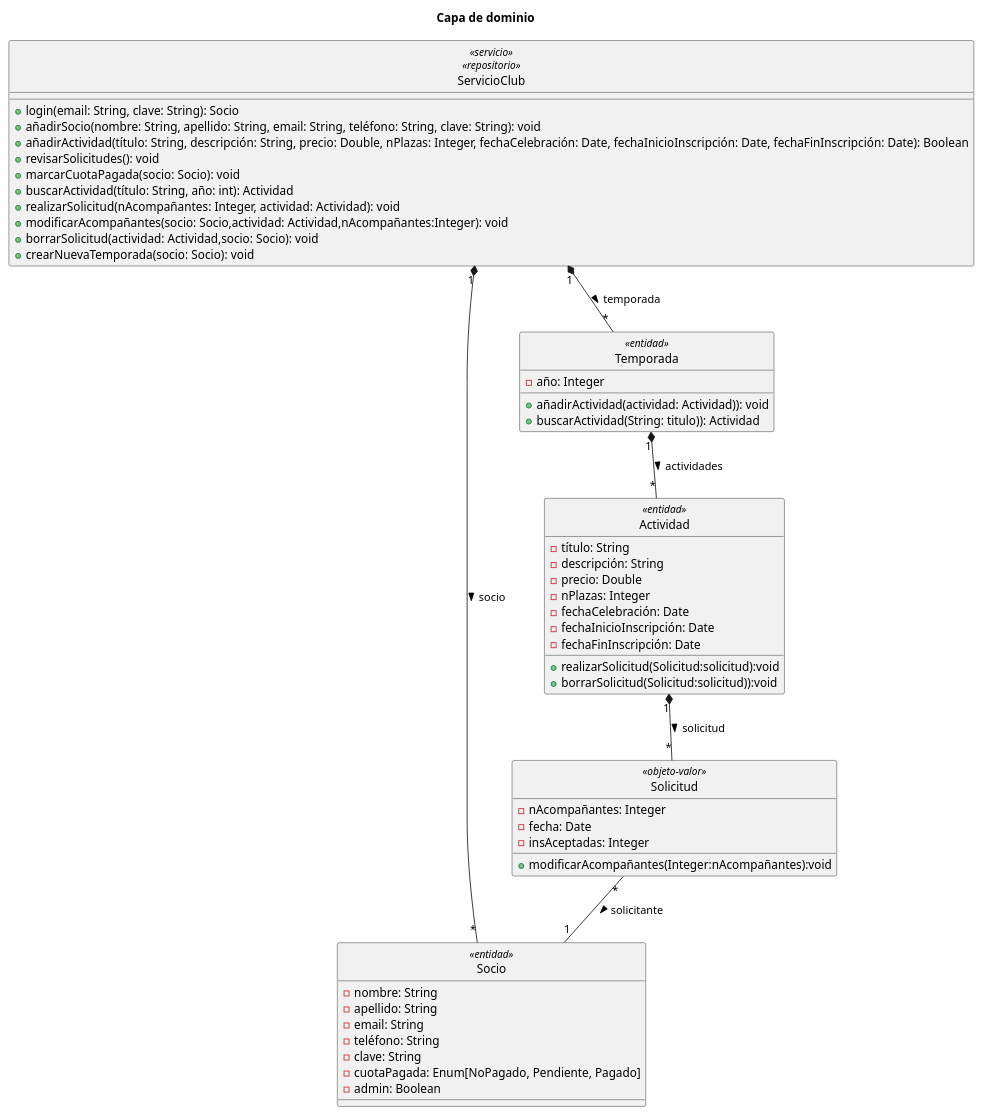
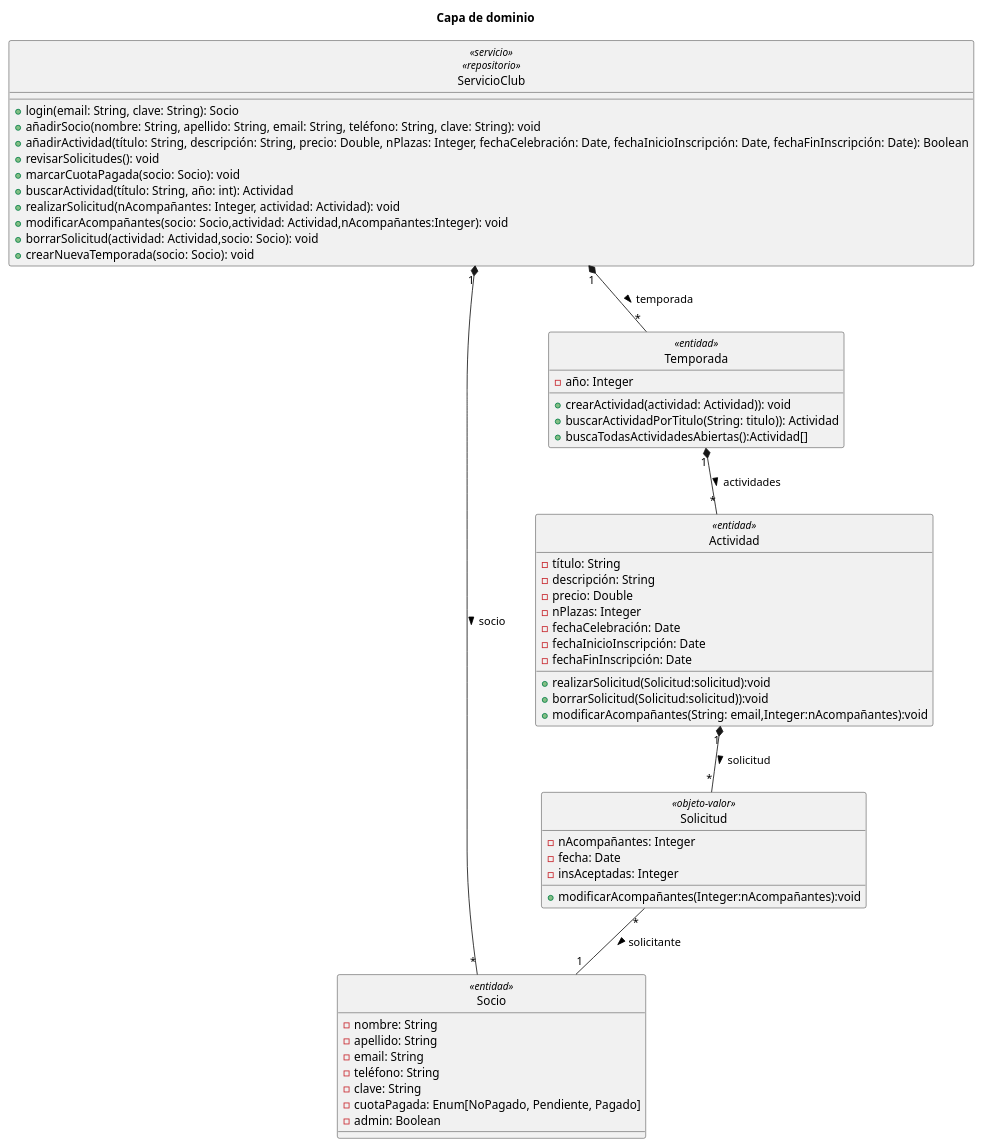
The diagram in diagramaDominio.puml (fjja0004/DAE-2024-fjja0004-scr00043-jfb00009), drawn with PlantUML before and after one commit. The commit also changed 3 other files, not shown here.

Commit message:
Añadir documentación, eliminación IntentoBorrarAdmin, modificaciones UML

```diff
--- a/diagramaDominio.puml
+++ b/diagramaDominio.puml
@@ -1,61 +1,63 @@
 @startuml
 title "Capa de dominio"
 hide circle
 'skinparam classAttributeIconSize 0
 
 class ServicioClub <<servicio>> <<repositorio>> {
     + login(email: String, clave: String): Socio
     + añadirSocio(nombre: String, apellido: String, email: String, teléfono: String, clave: String): void
     + añadirActividad(título: String, descripción: String, precio: Double, nPlazas: Integer, fechaCelebración: Date, fechaInicioInscripción: Date, fechaFinInscripción: Date): Boolean
     + revisarSolicitudes(): void
     + marcarCuotaPagada(socio: Socio): void
     + buscarActividad(título: String, año: int): Actividad
     + realizarSolicitud(nAcompañantes: Integer, actividad: Actividad): void
     + modificarAcompañantes(socio: Socio,actividad: Actividad,nAcompañantes:Integer): void
     + borrarSolicitud(actividad: Actividad,socio: Socio): void
     + crearNuevaTemporada(socio: Socio): void
 }
 
 class Socio <<entidad>> {
 - nombre: String
 - apellido: String
 - email: String
 - teléfono: String
 - clave: String
 - cuotaPagada: Enum[NoPagado, Pendiente, Pagado]
 - admin: Boolean
 }
 
 class Actividad <<entidad>> {
 - título: String
 - descripción: String
 - precio: Double
 - nPlazas: Integer
 - fechaCelebración: Date
 - fechaInicioInscripción: Date
 - fechaFinInscripción: Date
 + realizarSolicitud(Solicitud:solicitud):void
 + borrarSolicitud(Solicitud:solicitud)):void
++ modificarAcompañantes(String: email,Integer:nAcompañantes):void
 }
 
 class Solicitud <<objeto-valor>> {
 - nAcompañantes: Integer
 - fecha: Date
 - insAceptadas: Integer
 + modificarAcompañantes(Integer:nAcompañantes):void
 }
 
 class Temporada <<entidad>> {
 - año: Integer
-    + añadirActividad(actividad: Actividad)): void
-    + buscarActividad(String: titulo)): Actividad
+    + crearActividad(actividad: Actividad)): void
+    + buscarActividadPorTitulo(String: titulo)): Actividad
+    + buscaTodasActividadesAbiertas():Actividad[]
 
 }
 
 Solicitud "*" -- "1" Socio : > solicitante
 Actividad "1" *-- "*" Solicitud : > solicitud
 Temporada "1" *-- "*" Actividad : > actividades
 ServicioClub "1" *-- "*" Socio : > socio
 ServicioClub "1" *-- "*" Temporada : > temporada
 
 @enduml
```
